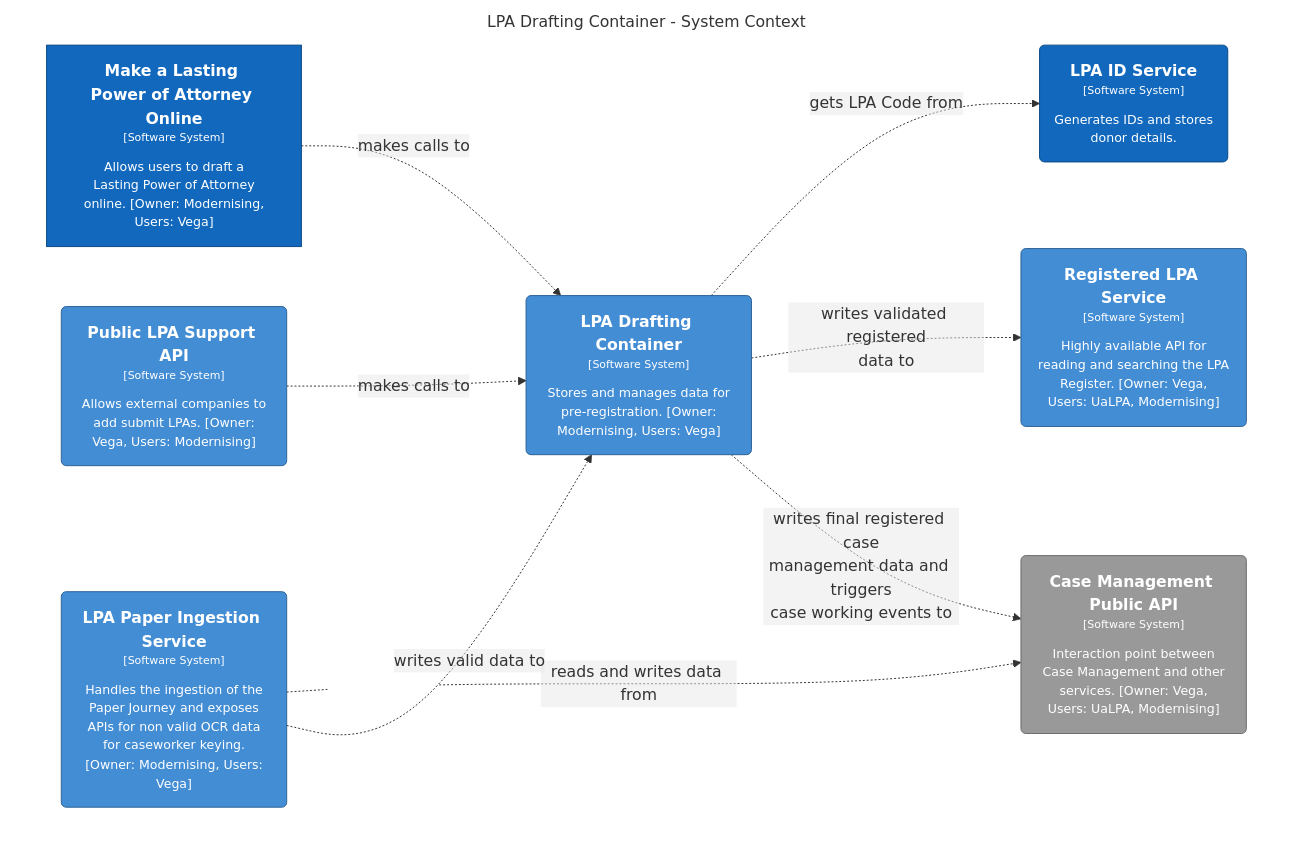
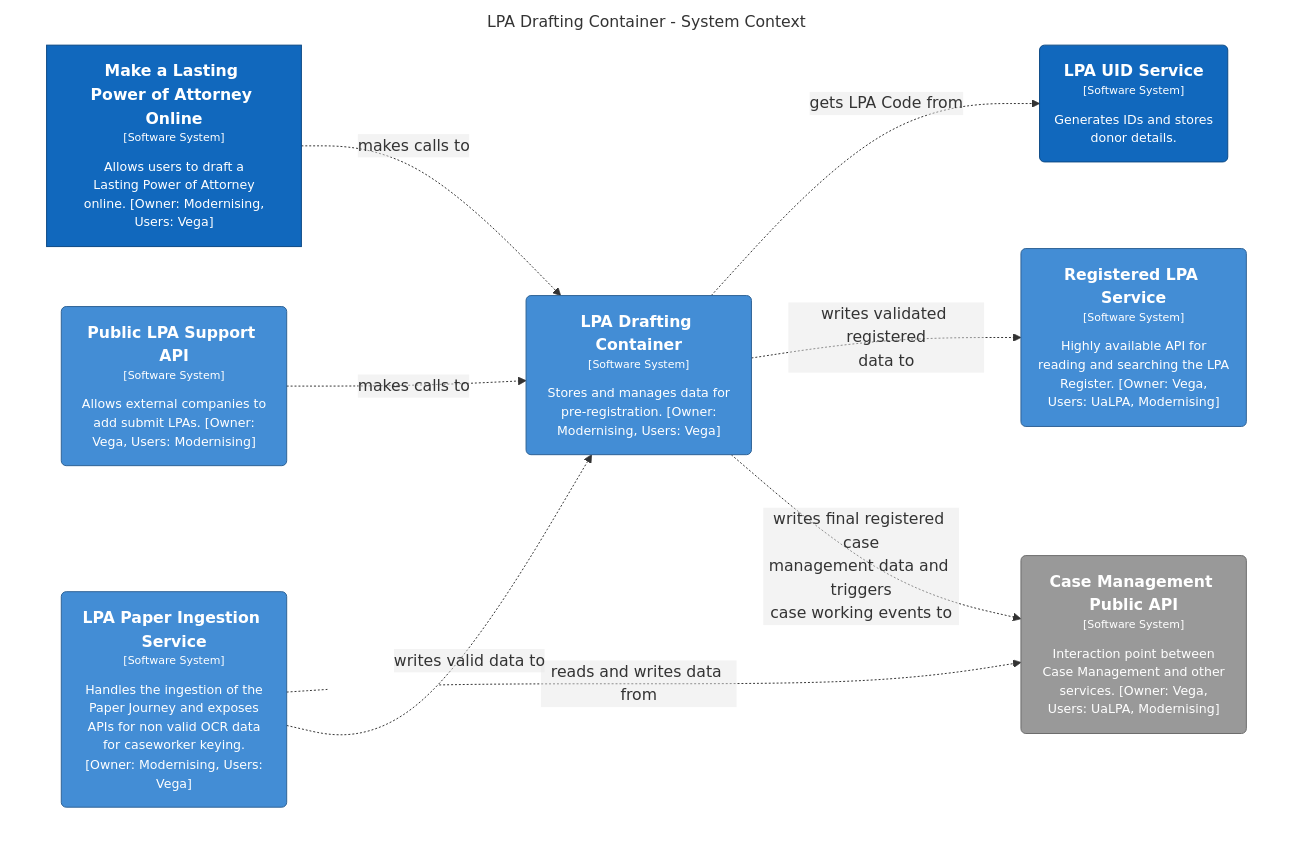
The diagram in dsl/poas/structurizr-mlpaDraftingService.mmd (ministryofjustice/opg-technical-guidance), drawn with Mermaid before and after one commit. The commit also changed 6 other files, not shown here.

```diff
--- a/dsl/poas/structurizr-mlpaDraftingService.mmd
+++ b/dsl/poas/structurizr-mlpaDraftingService.mmd
@@ -1,29 +1,29 @@
 graph TB
   linkStyle default fill:#ffffff
 
   subgraph diagram [LPA Drafting Container - System Context]
     style diagram fill:#ffffff,stroke:#ffffff
 
-    1("<div style='font-weight: bold'>LPA ID Service</div><div style='font-size: 70%; margin-top: 0px'>[Software System]</div><div style='font-size: 80%; margin-top:10px'>Generates IDs and stores<br />donor details.</div>")
+    1("<div style='font-weight: bold'>LPA UID Service</div><div style='font-size: 70%; margin-top: 0px'>[Software System]</div><div style='font-size: 80%; margin-top:10px'>Generates IDs and stores<br />donor details.</div>")
     style 1 fill:#1168bd,stroke:#0b4884,color:#ffffff
     16["<div style='font-weight: bold'>Make a Lasting Power of Attorney Online</div><div style='font-size: 70%; margin-top: 0px'>[Software System]</div><div style='font-size: 80%; margin-top:10px'>Allows users to draft a<br />Lasting Power of Attorney<br />online. [Owner: Modernising,<br />Users: Vega]</div>"]
     style 16 fill:#1168bd,stroke:#0b4884,color:#ffffff
     26("<div style='font-weight: bold'>Case Management Public API</div><div style='font-size: 70%; margin-top: 0px'>[Software System]</div><div style='font-size: 80%; margin-top:10px'>Interaction point between<br />Case Management and other<br />services. [Owner: Vega,<br />Users: UaLPA, Modernising]</div>")
     style 26 fill:#999999,stroke:#6b6b6b,color:#ffffff
     27("<div style='font-weight: bold'>Registered LPA Service</div><div style='font-size: 70%; margin-top: 0px'>[Software System]</div><div style='font-size: 80%; margin-top:10px'>Highly available API for<br />reading and searching the LPA<br />Register. [Owner: Vega,<br />Users: UaLPA, Modernising]</div>")
     style 27 fill:#438dd5,stroke:#2e6295,color:#ffffff
     32("<div style='font-weight: bold'>LPA Drafting Container</div><div style='font-size: 70%; margin-top: 0px'>[Software System]</div><div style='font-size: 80%; margin-top:10px'>Stores and manages data for<br />pre-registration. [Owner:<br />Modernising, Users: Vega]</div>")
     style 32 fill:#438dd5,stroke:#2e6295,color:#ffffff
     52("<div style='font-weight: bold'>Public LPA Support API</div><div style='font-size: 70%; margin-top: 0px'>[Software System]</div><div style='font-size: 80%; margin-top:10px'>Allows external companies to<br />add submit LPAs. [Owner:<br />Vega, Users: Modernising]</div>")
     style 52 fill:#438dd5,stroke:#2e6295,color:#ffffff
     56("<div style='font-weight: bold'>LPA Paper Ingestion Service</div><div style='font-size: 70%; margin-top: 0px'>[Software System]</div><div style='font-size: 80%; margin-top:10px'>Handles the ingestion of the<br />Paper Journey and exposes<br />APIs for non valid OCR data<br />for caseworker keying.<br />[Owner: Modernising, Users:<br />Vega]</div>")
     style 56 fill:#438dd5,stroke:#2e6295,color:#ffffff
 
     32-. "<div>gets LPA Code from</div><div style='font-size: 70%'></div>" .->1
     32-. "<div>writes validated registered<br />data to</div><div style='font-size: 70%'></div>" .->27
     32-. "<div>writes final registered case<br />management data and triggers<br />case working events to</div><div style='font-size: 70%'></div>" .->26
     52-. "<div>makes calls to</div><div style='font-size: 70%'></div>" .->32
     56-. "<div>reads and writes data from</div><div style='font-size: 70%'></div>" .->26
     56-. "<div>writes valid data to</div><div style='font-size: 70%'></div>" .->32
     16-. "<div>makes calls to</div><div style='font-size: 70%'></div>" .->32
   end
```
